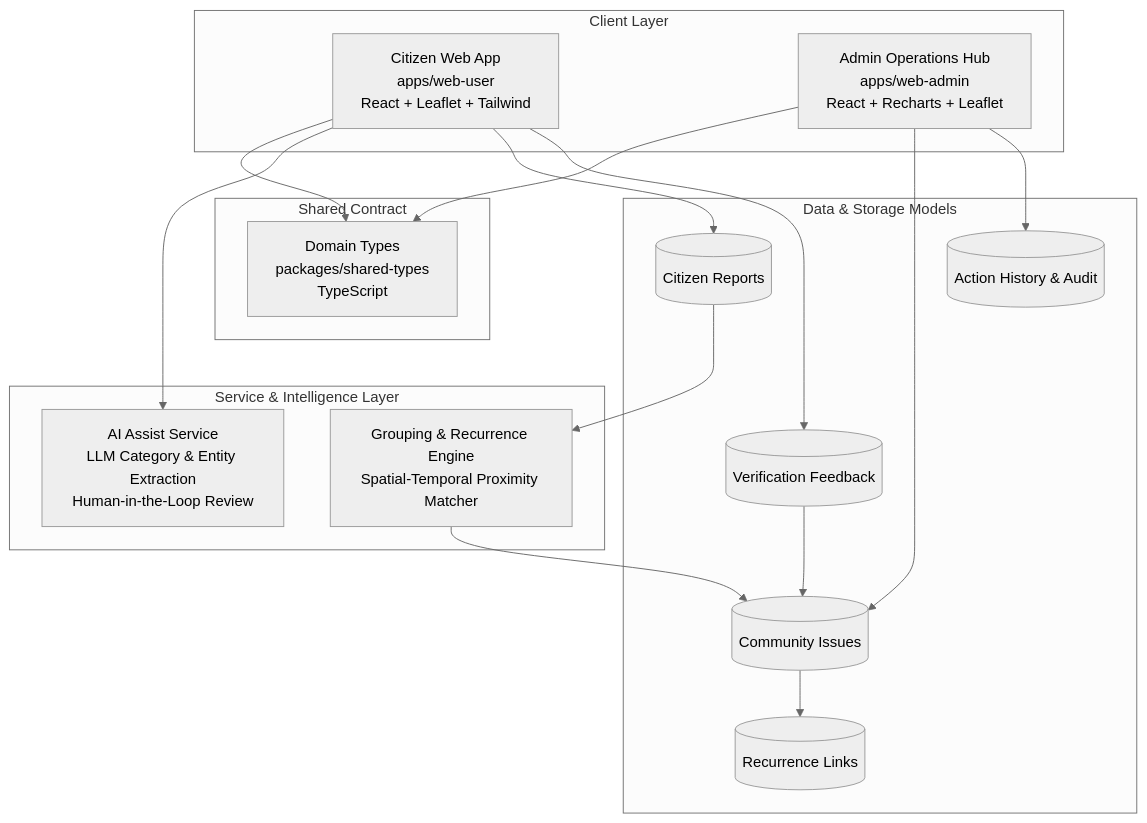
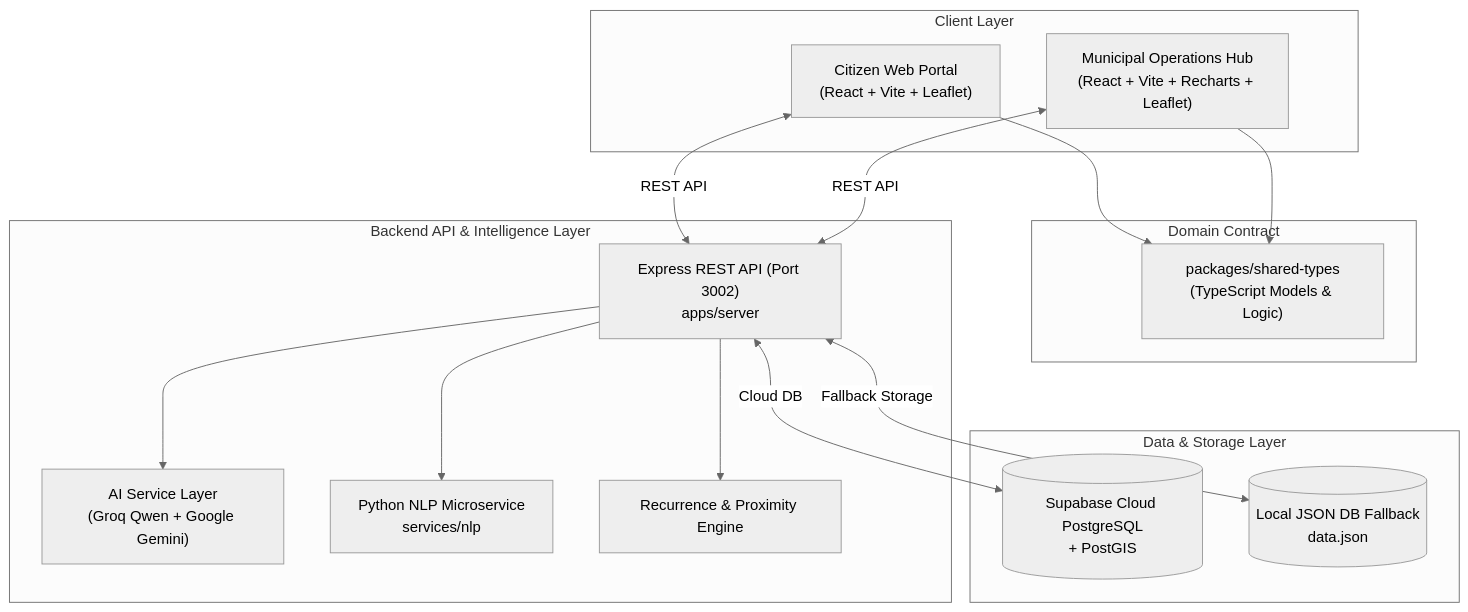
One commit to chariyanai8-svg/PulseX_CivicTech_and_PublicServices changed the diagram in README.md. Above: the diagram before and after it, drawn with Mermaid (neutral theme). The commit also changed other lines of this file, not shown here.

````diff
--- a/README.md
+++ b/README.md
@@ -70,36 +65,33 @@
 ```mermaid
 flowchart TD
-    subgraph Client Layer
-        A[Citizen Web App<br/>apps/web-user<br/>React + Leaflet + Tailwind]
-        B[Admin Operations Hub<br/>apps/web-admin<br/>React + Recharts + Leaflet]
+    subgraph Clients ["Client Layer"]
+        UserApp["Citizen Web Portal<br/>(React + Vite + Leaflet)"]
+        AdminApp["Municipal Operations Hub<br/>(React + Vite + Recharts + Leaflet)"]
     end
 
-    subgraph Shared Contract
-        C[Domain Types<br/>packages/shared-types<br/>TypeScript]
+    subgraph Shared ["Domain Contract"]
+        SharedTypes["packages/shared-types<br/>(TypeScript Models & Logic)"]
     end
 
-    subgraph Service & Intelligence Layer
-        D[AI Assist Service<br/>LLM Category & Entity Extraction<br/>Human-in-the-Loop Review]
-        E[Grouping & Recurrence Engine<br/>Spatial-Temporal Proximity Matcher]
+    subgraph Backend ["Backend API & Intelligence Layer"]
+        Server["Express REST API (Port 3002)<br/>apps/server"]
+        AIService["AI Service Layer<br/>(Groq Qwen + Google Gemini)"]
+        NLPService["Python NLP Microservice<br/>services/nlp"]
+        Engine["Recurrence & Proximity Engine"]
     end
 
-    subgraph Data & Storage Models
-        F[(Citizen Reports)]
-        G[(Community Issues)]
-        H[(Action History & Audit)]
-        I[(Verification Feedback)]
-        J[(Recurrence Links)]
+    subgraph Database ["Data & Storage Layer"]
+        Supabase[("Supabase Cloud PostgreSQL<br/>+ PostGIS")]
+        LocalCache[("Local JSON DB Fallback<br/>data.json")]
     end
 
-    A --> C
-    B --> C
-    A --> D
-    A --> F
-    F --> E
-    E --> G
-    B --> G
-    B --> H
-    A --> I
-    I --> G
-    G --> J
+    UserApp --> SharedTypes
+    AdminApp --> SharedTypes
+    UserApp <-->|REST API| Server
+    AdminApp <-->|REST API| Server
+    Server --> AIService
+    Server --> NLPService
+    Server --> Engine
+    Server <-->|Cloud DB| Supabase
+    Server <-->|Fallback Storage| LocalCache
 ```
````
